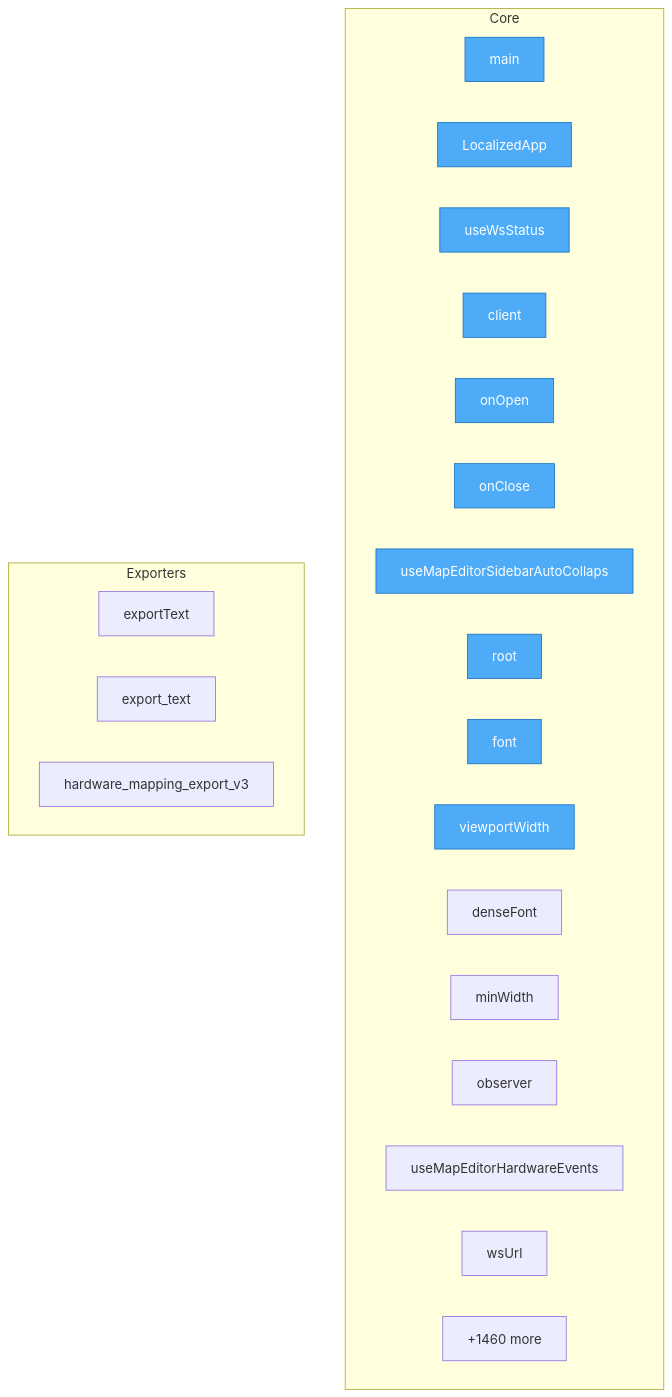
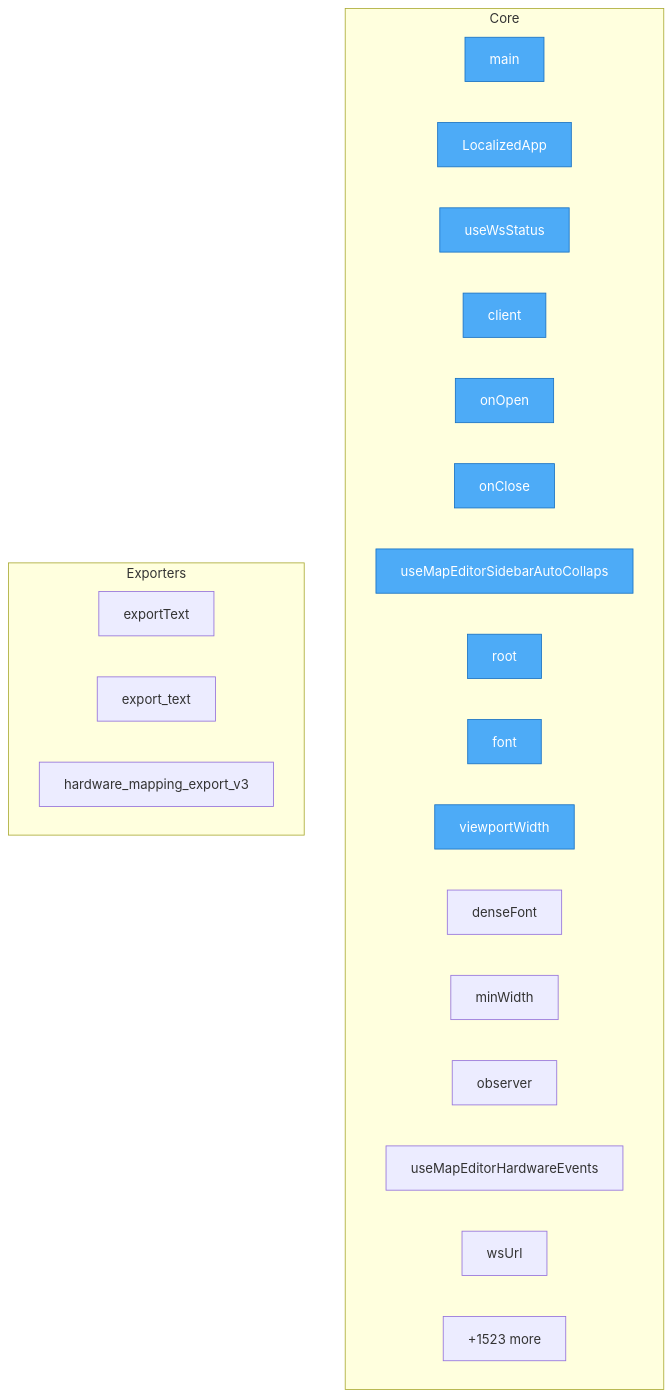
Before and after one commit to oqlos/oqlos: the diagram in project/flow.mmd, drawn with Mermaid. The commit also changed 59 other files, not shown here.

```diff
--- a/project/flow.mmd
+++ b/project/flow.mmd
@@ -1,32 +1,32 @@
 flowchart TD
-%% generated in 0.04s
+%% generated in 0.07s
 
     %% Entry points (blue)
     classDef entry fill:#4dabf7,stroke:#1971c2,color:#fff
 
     subgraph Core
         setup_hardware_and_run_oql__main["main"]
         frontend__src__main__LocalizedApp["LocalizedApp"]
         frontend__src__hooks__useWsStatus__useWsStatus["useWsStatus"]
         frontend__src__hooks__useWsStatus__client["client"]
         frontend__src__hooks__useWsStatus__onOpen["onOpen"]
         frontend__src__hooks__useWsStatus__onClose["onClose"]
         frontend__src__hooks__useMapEditorSidebarAutoCollapse__useMapEditorSidebarAutoCollapse["useMapEditorSidebarAutoCollaps"]
         frontend__src__hooks__useMapEditorSidebarAutoCollapse__root["root"]
         frontend__src__hooks__useMapEditorSidebarAutoCollapse__font["font"]
         frontend__src__hooks__useMapEditorSidebarAutoCollapse__viewportWidth["viewportWidth"]
         frontend__src__hooks__useMapEditorSidebarAutoCollapse__denseFont["denseFont"]
         frontend__src__hooks__useMapEditorSidebarAutoCollapse__minWidth["minWidth"]
         frontend__src__hooks__useMapEditorSidebarAutoCollapse__observer["observer"]
         frontend__src__hooks__useMapEditorHardwareEvents__useMapEditorHardwareEvents["useMapEditorHardwareEvents"]
         frontend__src__hooks__useMapEditorHardwareEvents__wsUrl["wsUrl"]
-        ...["+1460 more"]
+        ...["+1523 more"]
     end
 
     subgraph Exporters
         frontend__src__pages__HardwareRestart__exportText["exportText"]
         oqlos__api__hardware_mapping_store__MappingStore__export_text["export_text"]
         oqlos__api___hw3_mapping__hardware_mapping_export_v3["hardware_mapping_export_v3"]
     end
 
     class setup_hardware_and_run_oql__main,frontend__src__main__LocalizedApp,frontend__src__hooks__useWsStatus__useWsStatus,frontend__src__hooks__useWsStatus__client,frontend__src__hooks__useWsStatus__onOpen,frontend__src__hooks__useWsStatus__onClose,frontend__src__hooks__useMapEditorSidebarAutoCollapse__useMapEditorSidebarAutoCollapse,frontend__src__hooks__useMapEditorSidebarAutoCollapse__root,frontend__src__hooks__useMapEditorSidebarAutoCollapse__font,frontend__src__hooks__useMapEditorSidebarAutoCollapse__viewportWidth entry
```
